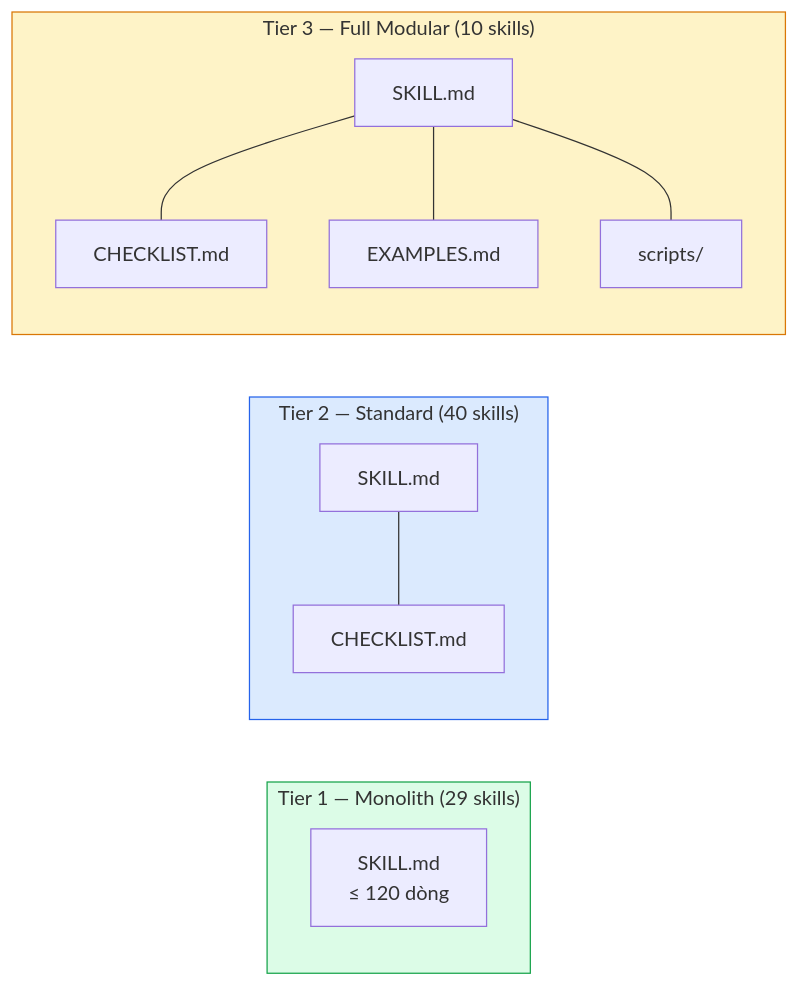
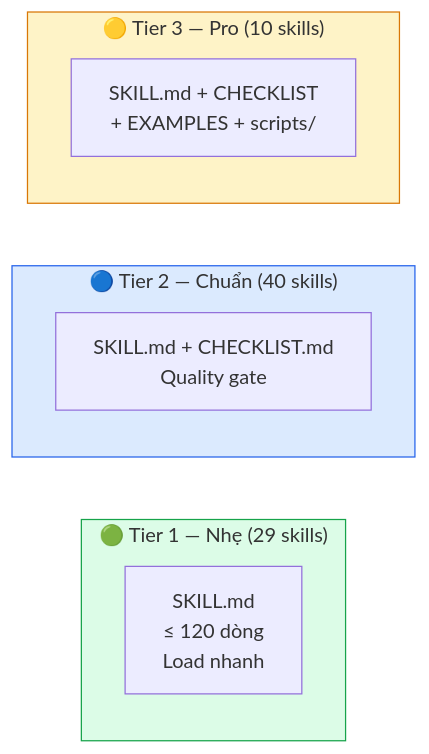
Before and after one commit to xaotiensinh-abm/abm-workforce: the third of 6 diagrams in README.md, drawn with Mermaid. The commit also changed other lines of this file, not shown here.

````diff
--- a/README.md
+++ b/README.md
@@ -268,24 +243,16 @@
 ```mermaid
 graph LR
-    subgraph Tier1["Tier 1 — Monolith (29 skills)"]
-        T1["SKILL.md<br/>≤ 120 dòng"]
+    subgraph T1["🟢 Tier 1 — Nhẹ (29 skills)"]
+        A1["SKILL.md<br/>≤ 120 dòng<br/>Load nhanh"]
     end
-    subgraph Tier2["Tier 2 — Standard (40 skills)"]
-        T2A["SKILL.md"]
-        T2B["CHECKLIST.md"]
-        T2A --- T2B
+    subgraph T2["🔵 Tier 2 — Chuẩn (40 skills)"]
+        A2["SKILL.md + CHECKLIST.md<br/>Quality gate"]
     end
-    subgraph Tier3["Tier 3 — Full Modular (10 skills)"]
-        T3A["SKILL.md"]
-        T3B["CHECKLIST.md"]
-        T3C["EXAMPLES.md"]
-        T3D["scripts/"]
-        T3A --- T3B
-        T3A --- T3C
-        T3A --- T3D
+    subgraph T3["🟡 Tier 3 — Pro (10 skills)"]
+        A3["SKILL.md + CHECKLIST<br/>+ EXAMPLES + scripts/"]
     end
 
-    style Tier1 fill:#dcfce7,stroke:#16a34a
-    style Tier2 fill:#dbeafe,stroke:#2563eb
-    style Tier3 fill:#fef3c7,stroke:#d97706
+    style T1 fill:#dcfce7,stroke:#16a34a
+    style T2 fill:#dbeafe,stroke:#2563eb
+    style T3 fill:#fef3c7,stroke:#d97706
 ```
````
